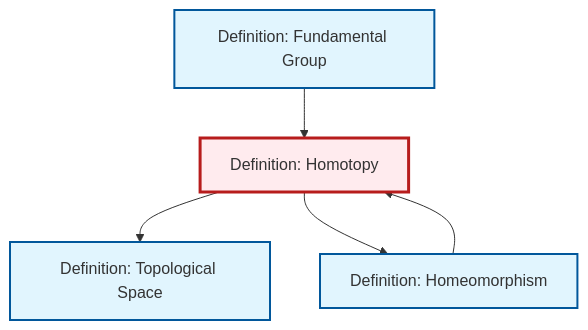
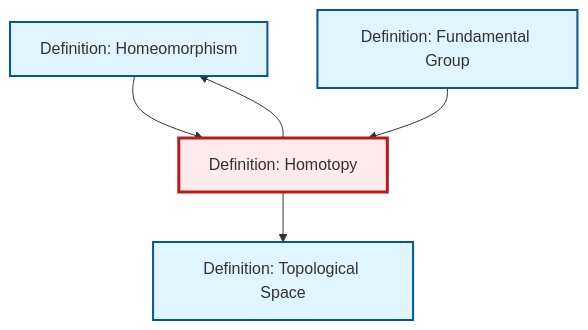
Before and after one commit to RK0429/ModernMath: the diagram in content/en/topology/def-homotopy.qmd, drawn with Mermaid. The commit also changed other lines of this file and 328 other files, not shown here.

````diff
--- a/content/en/topology/def-homotopy.qmd
+++ b/content/en/topology/def-homotopy.qmd
@@ -99,21 +99,21 @@
 ```{mermaid}
 %%| fig-cap: "Local dependency graph"
 graph TD
     classDef definition fill:#e1f5fe,stroke:#01579b,stroke-width:2px
     classDef theorem fill:#f3e5f5,stroke:#4a148c,stroke-width:2px
     classDef axiom fill:#fff3e0,stroke:#e65100,stroke-width:2px
     classDef example fill:#e8f5e9,stroke:#1b5e20,stroke-width:2px
     classDef current fill:#ffebee,stroke:#b71c1c,stroke-width:3px
+    def-homeomorphism["Definition: Homeomorphism"]:::definition
+    def-fundamental-group["Definition: Fundamental Group"]:::definition
     def-topological-space["Definition: Topological Space"]:::definition
     def-homotopy["Definition: Homotopy"]:::definition
-    def-homeomorphism["Definition: Homeomorphism"]:::definition
-    def-fundamental-group["Definition: Fundamental Group"]:::definition
+    def-homeomorphism --> def-homotopy
+    def-homotopy --> def-homeomorphism
     def-homotopy --> def-topological-space
-    def-homeomorphism --> def-homotopy
     def-fundamental-group --> def-homotopy
-    def-homotopy --> def-homeomorphism
     class def-homotopy current
-    click def-topological-space "def-topological-space.html" "Go to Topological Space definition"
     click def-homeomorphism "def-homeomorphism.html" "Go to Homeomorphism definition"
     click def-fundamental-group "def-fundamental-group.html" "Go to Fundamental Group definition"
+    click def-topological-space "def-topological-space.html" "Go to Topological Space definition"
 ```
````
